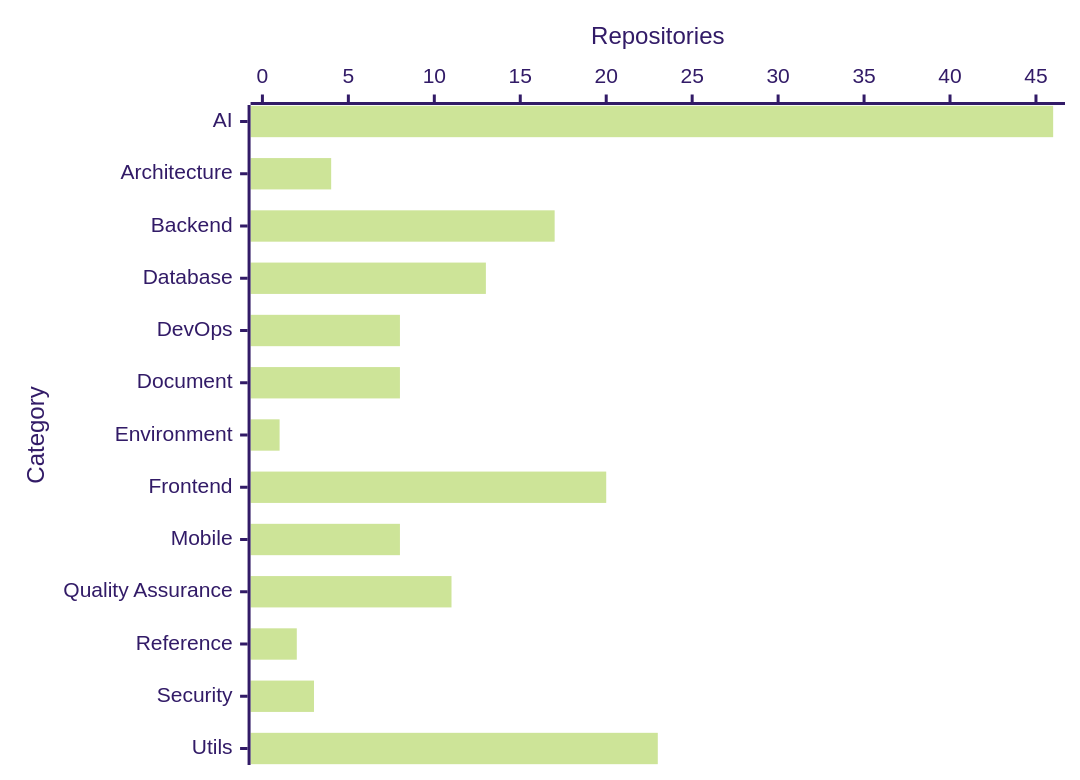
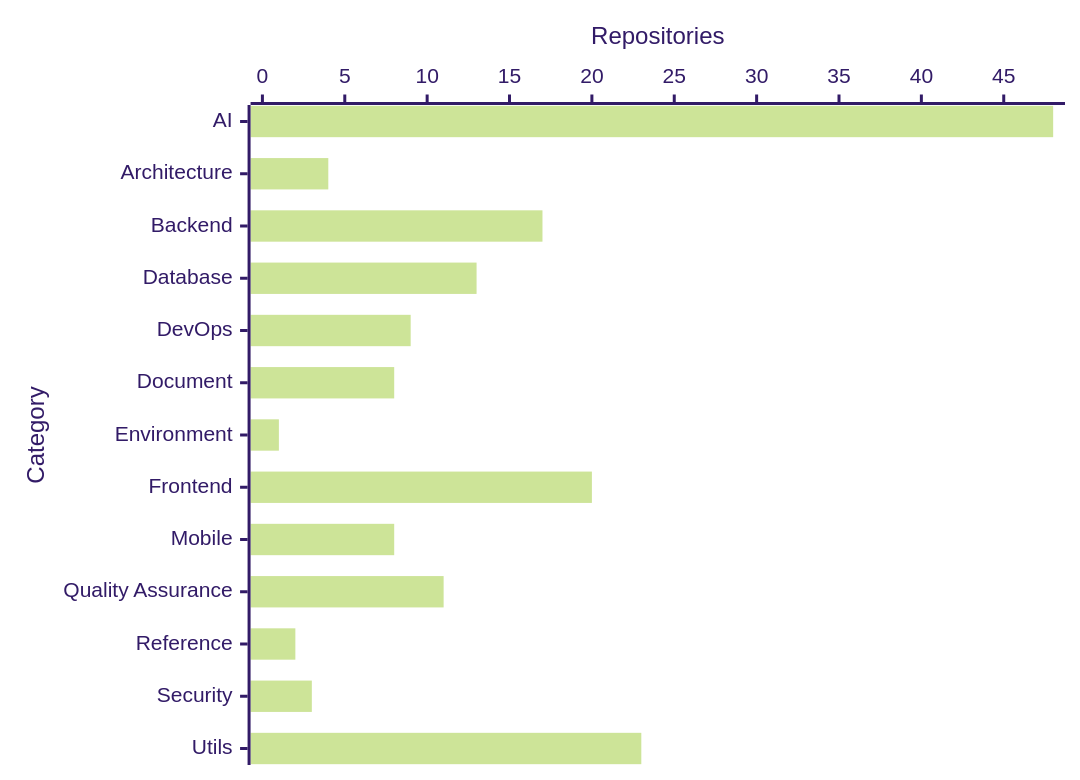
One commit to prawee/resource changed the diagram in README.md. Above: the diagram before and after it, drawn with Mermaid (forest theme). The commit also changed other lines of this file, not shown here.

````diff
--- a/README.md
+++ b/README.md
@@ -11,6 +11,6 @@
 ```mermaid
 xychart-beta horizontal
     x-axis "Category" ["AI", "Architecture", "Backend", "Database", "DevOps", "Document", "Environment", "Frontend", "Mobile", "Quality Assurance", "Reference", "Security", "Utils"]
-    y-axis "Repositories" 0 --> 46
-    bar [46, 4, 17, 13, 8, 8, 1, 20, 8, 11, 2, 3, 23]
+    y-axis "Repositories" 0 --> 48
+    bar [48, 4, 17, 13, 9, 8, 1, 20, 8, 11, 2, 3, 23]
 ```
````
